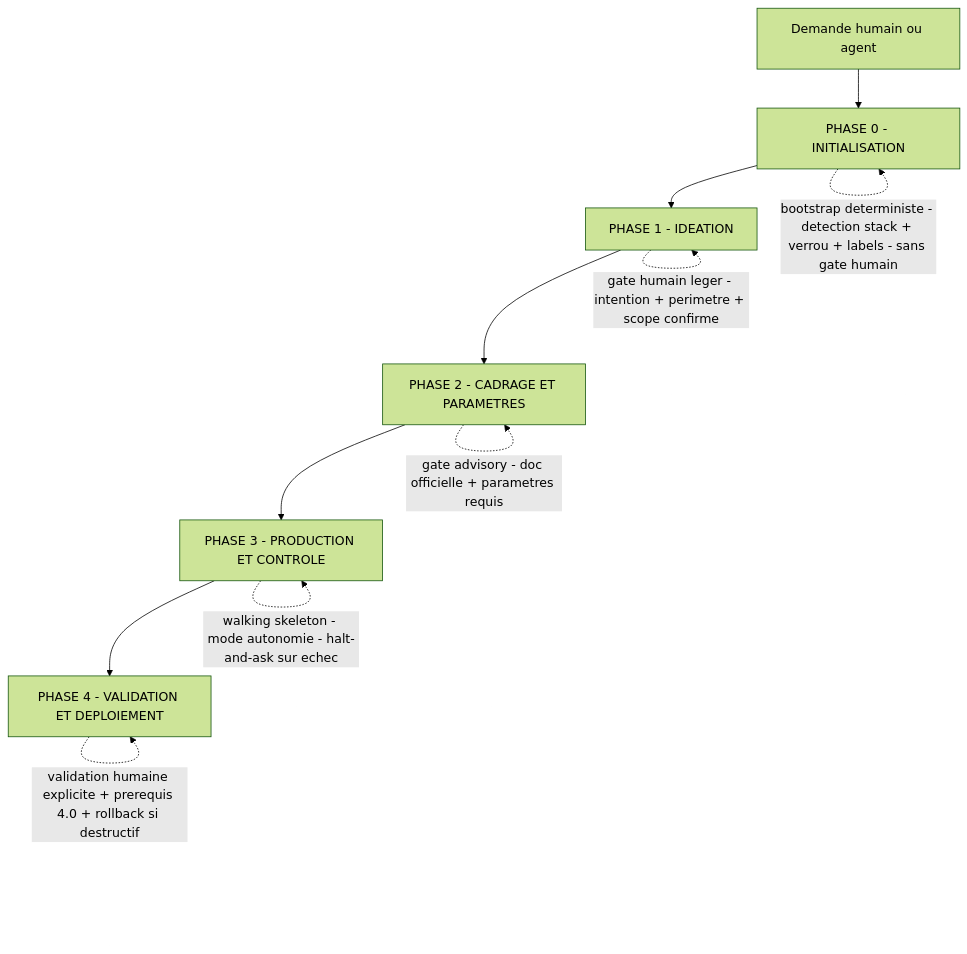
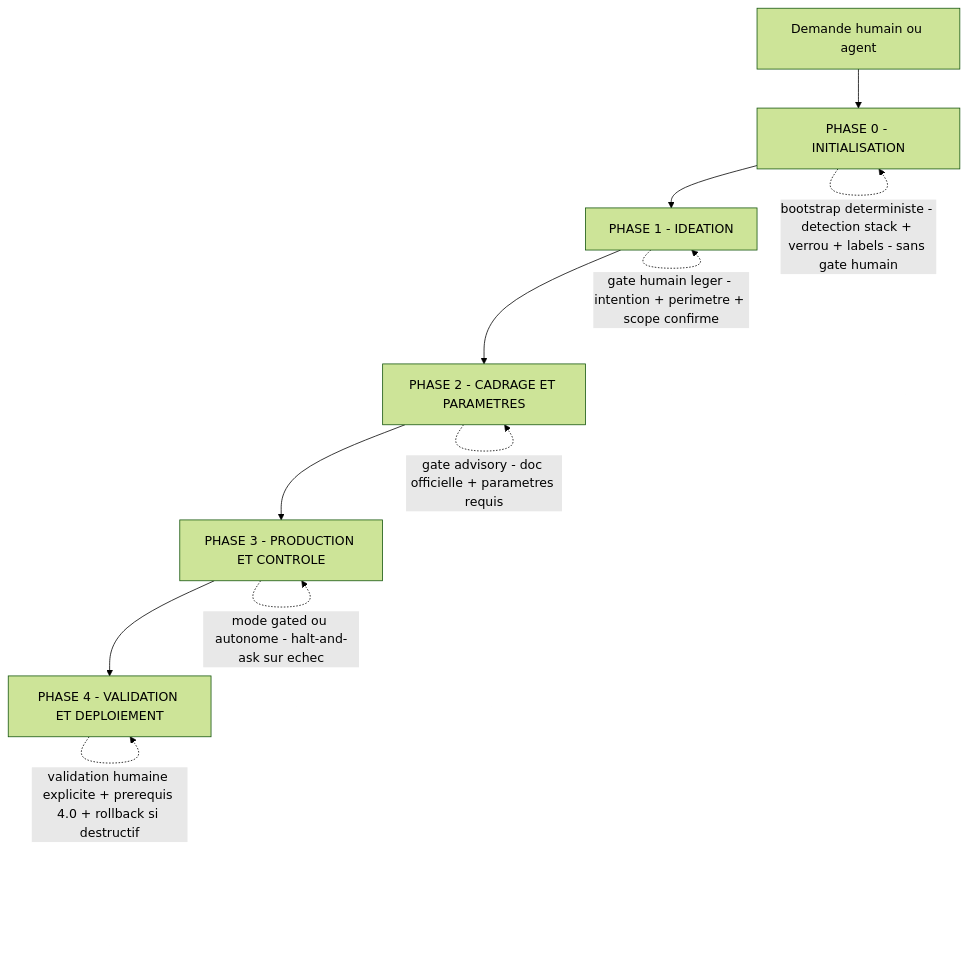
One commit to Gsyltc/homelab-portfolio changed the first of 2 diagrams in homelab/common/conductor.md. Above: the diagram before and after it, drawn with Mermaid (forest theme). The commit also changed other lines of this file and 10 other files, not shown here.

Commit message:
feat(homelab): suppression du walking skeleton, mode d'exécution au Cadrage (ADR-0053)

````diff
--- a/homelab/common/conductor.md
+++ b/homelab/common/conductor.md
@@ -40,13 +40,13 @@
 ```mermaid
 flowchart TD
     A[Demande humain ou agent] --> P0[PHASE 0 - INITIALISATION]
     P0 --> P1[PHASE 1 - IDEATION]
     P1 --> P2[PHASE 2 - CADRAGE ET PARAMETRES]
     P2 --> P3[PHASE 3 - PRODUCTION ET CONTROLE]
     P3 --> P4[PHASE 4 - VALIDATION ET DEPLOIEMENT]
     P0 -.->|bootstrap deterministe - detection stack + verrou + labels - sans gate humain| P0
     P1 -.->|gate humain leger - intention + perimetre + scope confirme| P1
     P2 -.->|gate advisory - doc officielle + parametres requis| P2
-    P3 -.->|walking skeleton - mode autonomie - halt-and-ask sur echec| P3
+    P3 -.->|mode gated ou autonome - halt-and-ask sur echec| P3
     P4 -.->|validation humaine explicite + prerequis 4.0 + rollback si destructif| P4
 ```
````
